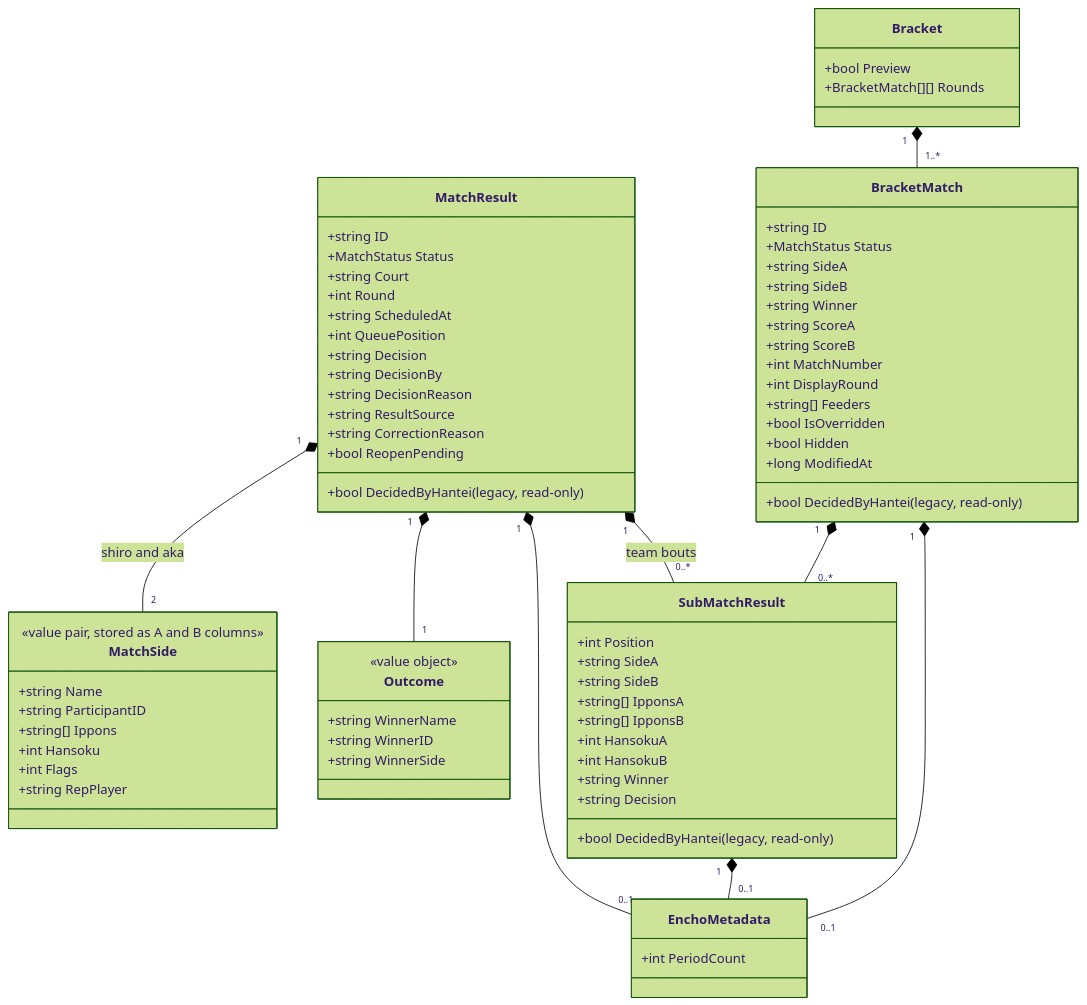
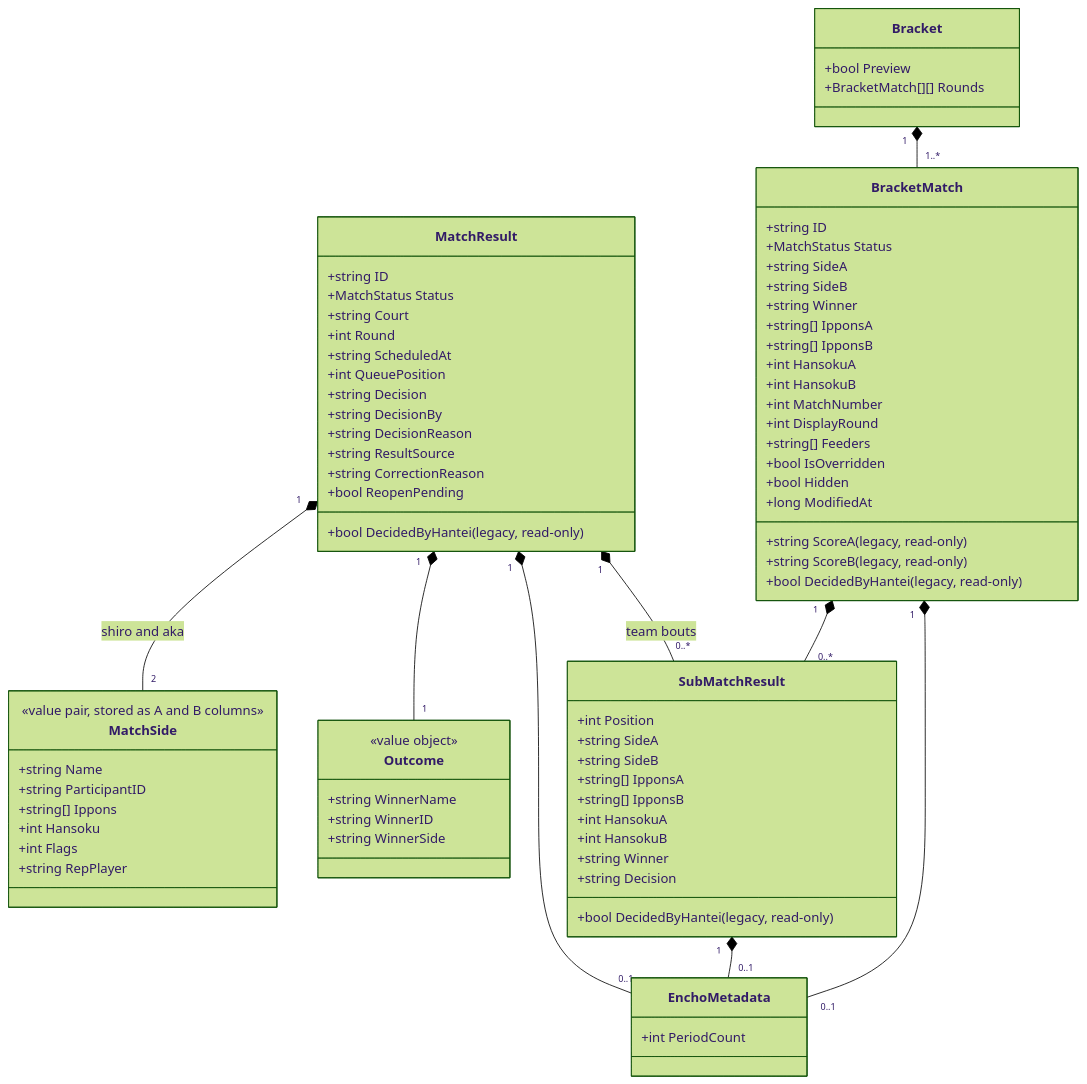
The second of 4 diagrams in docs/architecture/data-model.md (gitrgoliveira/bracket-creator), drawn with Mermaid (forest theme) before and after one commit. The commit also changed other lines of this file and 40 other files, not shown here.

```diff
--- a/docs/architecture/data-model.md
+++ b/docs/architecture/data-model.md
@@ -180,8 +180,12 @@
         +string SideA
         +string SideB
         +string Winner
-        +string ScoreA
-        +string ScoreB
+        +string[] IpponsA
+        +string[] IpponsB
+        +int HansokuA
+        +int HansokuB
+        +string ScoreA (legacy, read-only)
+        +string ScoreB (legacy, read-only)
         +int MatchNumber
         +int DisplayRound
         +string[] Feeders
```
